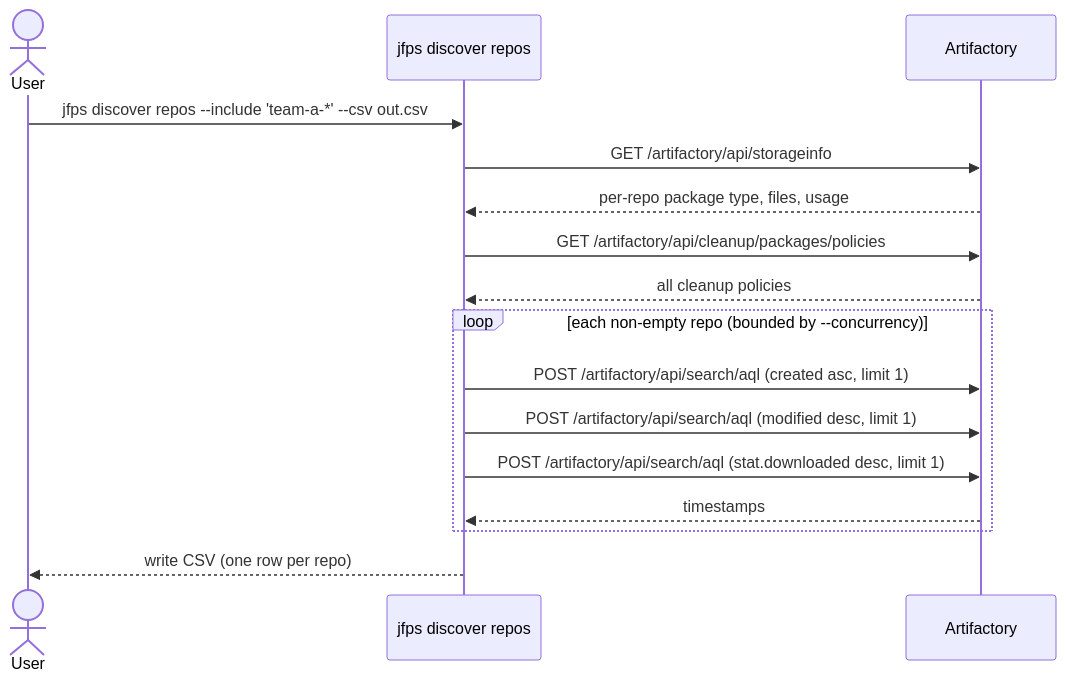
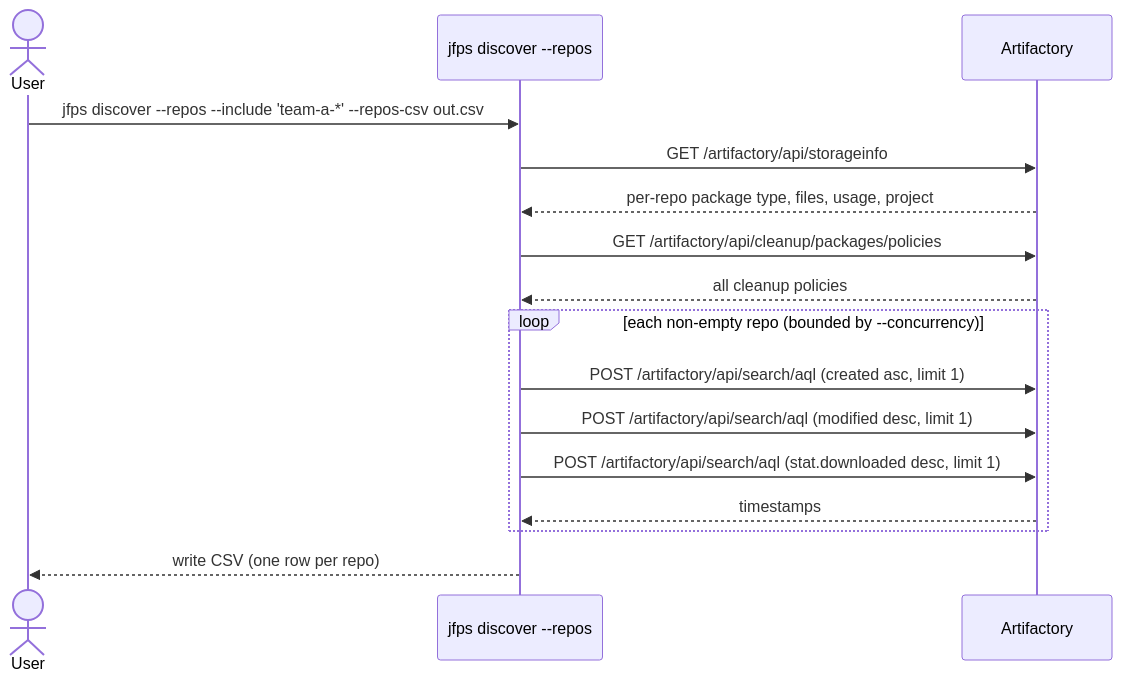
Before and after one commit to ps-jfrog/jfrog-ps-cli: the first of 4 diagrams in docs/discover.md, drawn with Mermaid. The commit also changed other lines of this file and 28 other files, not shown here.

````diff
--- a/docs/discover.md
+++ b/docs/discover.md
@@ -47,19 +65,19 @@
 ```mermaid
 sequenceDiagram
     actor User
-    participant CLI as jfps discover repos
+    participant CLI as jfps discover --repos
     participant Art as Artifactory
 
-    User->>CLI: jfps discover repos --include 'team-a-*' --csv out.csv
+    User->>CLI: jfps discover --repos --include 'team-a-*' --repos-csv out.csv
     CLI->>Art: GET /artifactory/api/storageinfo
-    Art-->>CLI: per-repo package type, files, usage
+    Art-->>CLI: per-repo package type, files, usage, project
     CLI->>Art: GET /artifactory/api/cleanup/packages/policies
     Art-->>CLI: all cleanup policies
     loop each non-empty repo (bounded by --concurrency)
         CLI->>Art: POST /artifactory/api/search/aql (created asc, limit 1)
         CLI->>Art: POST /artifactory/api/search/aql (modified desc, limit 1)
         CLI->>Art: POST /artifactory/api/search/aql (stat.downloaded desc, limit 1)
         Art-->>CLI: timestamps
     end
     CLI-->>User: write CSV (one row per repo)
 ```
````
